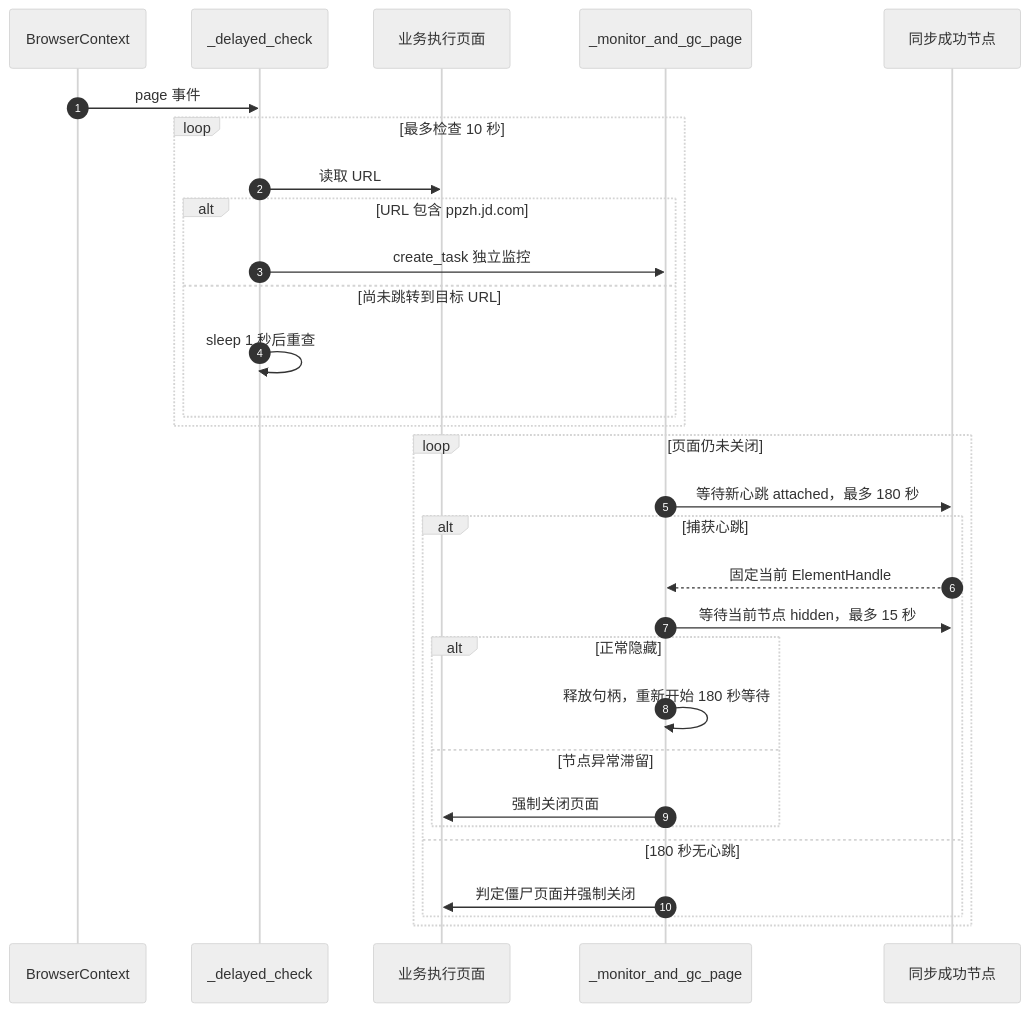
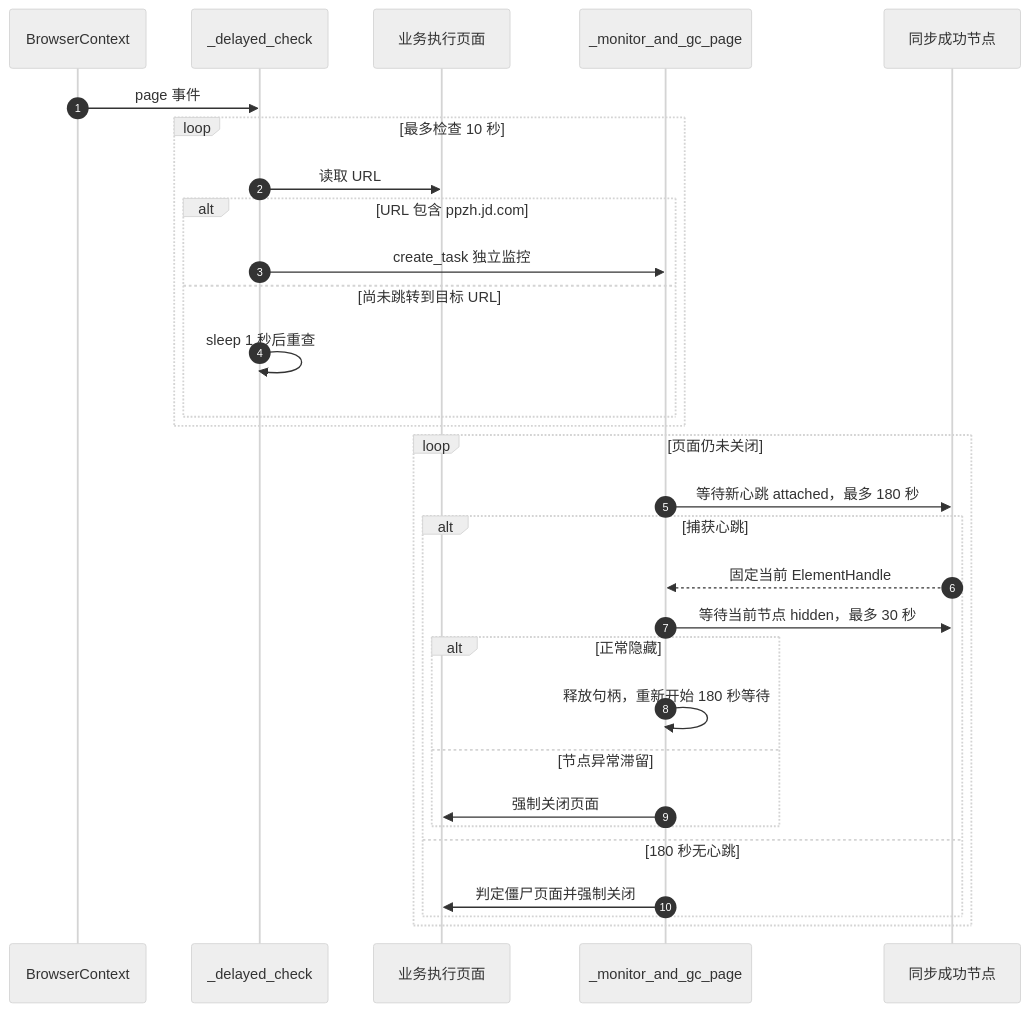
Diagram 11 of 14 in ARCHITECTURE.md (liao084/BitBrowser-Backfill-Engine), drawn with Mermaid (neutral theme) before and after one commit. The commit also changed other lines of this file and 2 other files, not shown here.

````diff
--- a/ARCHITECTURE.md
+++ b/ARCHITECTURE.md
@@ -398,34 +403,34 @@
 ```mermaid
 sequenceDiagram
     autonumber
     participant Ctx as BrowserContext
     participant Detect as _delayed_check
     participant JD as 业务执行页面
     participant GC as _monitor_and_gc_page
     participant Toast as 同步成功节点
 
     Ctx->>Detect: page 事件
     loop 最多检查 10 秒
         Detect->>JD: 读取 URL
         alt URL 包含 ppzh.jd.com
             Detect->>GC: create_task 独立监控
         else 尚未跳转到目标 URL
             Detect->>Detect: sleep 1 秒后重查
         end
     end
 
     loop 页面仍未关闭
         GC->>Toast: 等待新心跳 attached，最多 180 秒
         alt 捕获心跳
             Toast-->>GC: 固定当前 ElementHandle
-            GC->>Toast: 等待当前节点 hidden，最多 15 秒
+            GC->>Toast: 等待当前节点 hidden，最多 30 秒
             alt 正常隐藏
                 GC->>GC: 释放句柄，重新开始 180 秒等待
             else 节点异常滞留
                 GC->>JD: 强制关闭页面
             end
         else 180 秒无心跳
             GC->>JD: 判定僵尸页面并强制关闭
         end
     end
 ```
````
